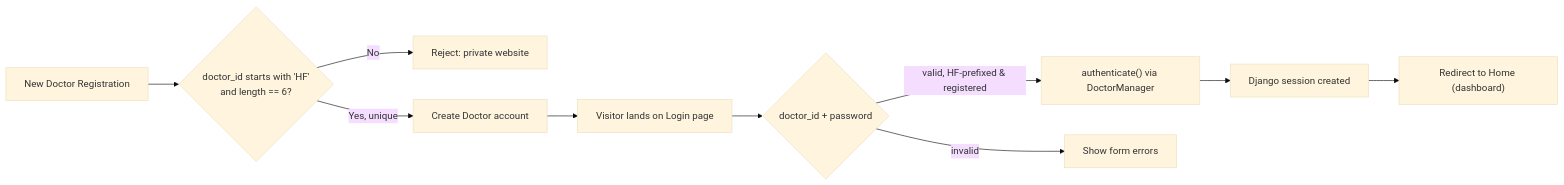
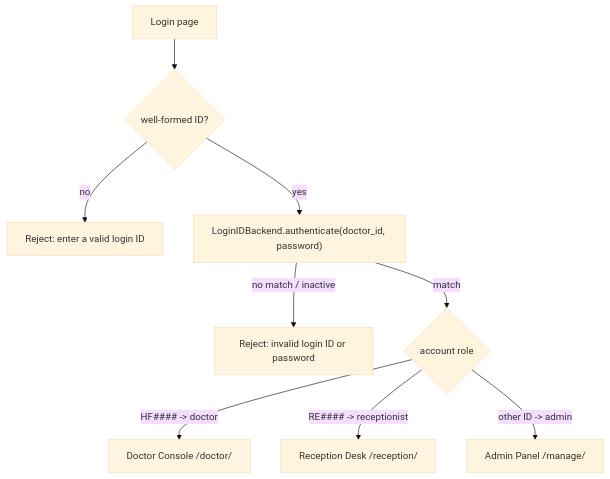
Before and after one commit to Himel-Sarder/MultiRx-JSTU: the fourth of 6 diagrams in README.md, drawn with Mermaid (base theme). The commit also changed other lines of this file and 54 other files, not shown here.

````diff
--- a/README.md
+++ b/README.md
@@ -317,13 +328,11 @@
 ```mermaid
-flowchart LR
-    A["Visitor lands on Login page"] --> B{"doctor_id + password"}
-    B -- "valid, HF-prefixed & registered" --> C["authenticate() via DoctorManager"]
-    C --> D["Django session created"]
-    D --> E["Redirect to Home (dashboard)"]
-    B -- "invalid" --> F["Show form errors"]
-
-    G["New Doctor Registration"] --> H{"doctor_id starts with 'HF'<br/>and length == 6?"}
-    H -- "No" --> I["Reject: private website"]
-    H -- "Yes, unique" --> J["Create Doctor account"]
-    J --> A
+flowchart TD
+    A["Login page"] --> B{"well-formed ID?"}
+    B -- "no" --> R["Reject: enter a valid login ID"]
+    B -- "yes" --> C["LoginIDBackend.authenticate(doctor_id, password)"]
+    C -- "no match / inactive" --> E["Reject: invalid login ID or password"]
+    C -- "match" --> D{"account role"}
+    D -- "HF#### -> doctor" --> F["Doctor Console  /doctor/"]
+    D -- "RE#### -> receptionist" --> G["Reception Desk  /reception/"]
+    D -- "other ID -> admin" --> H["Admin Panel  /manage/"]
 ```
````
